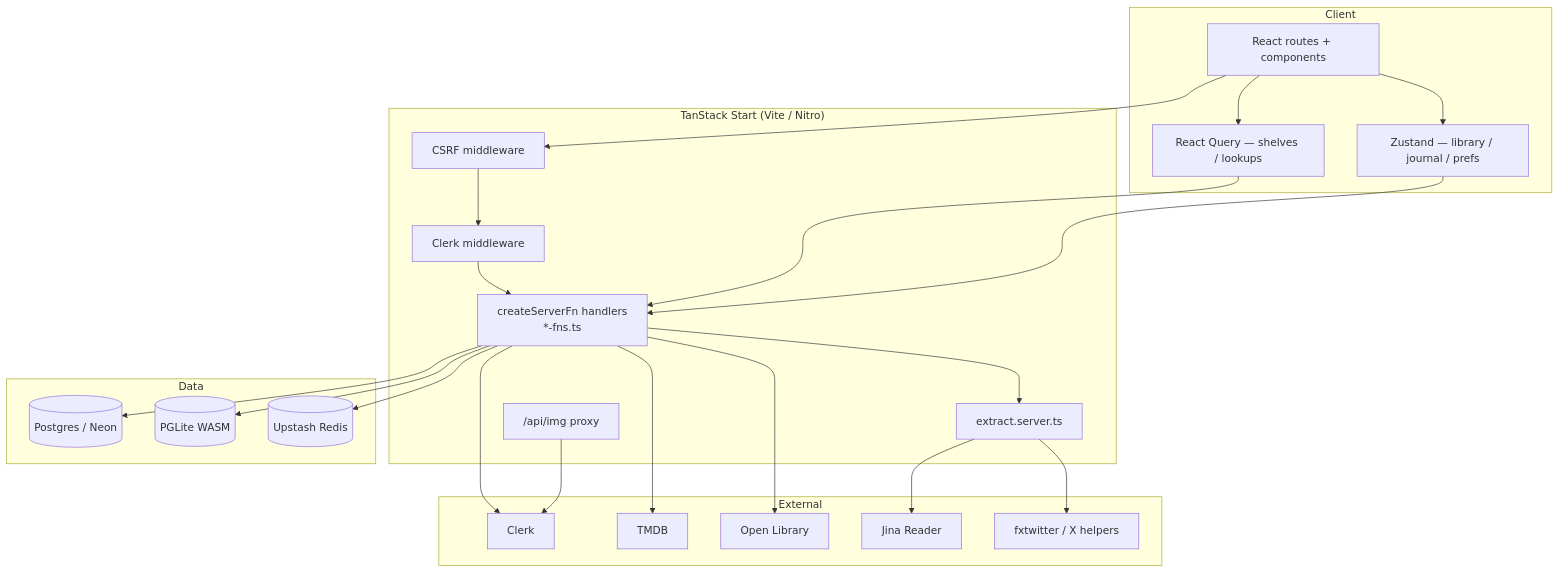
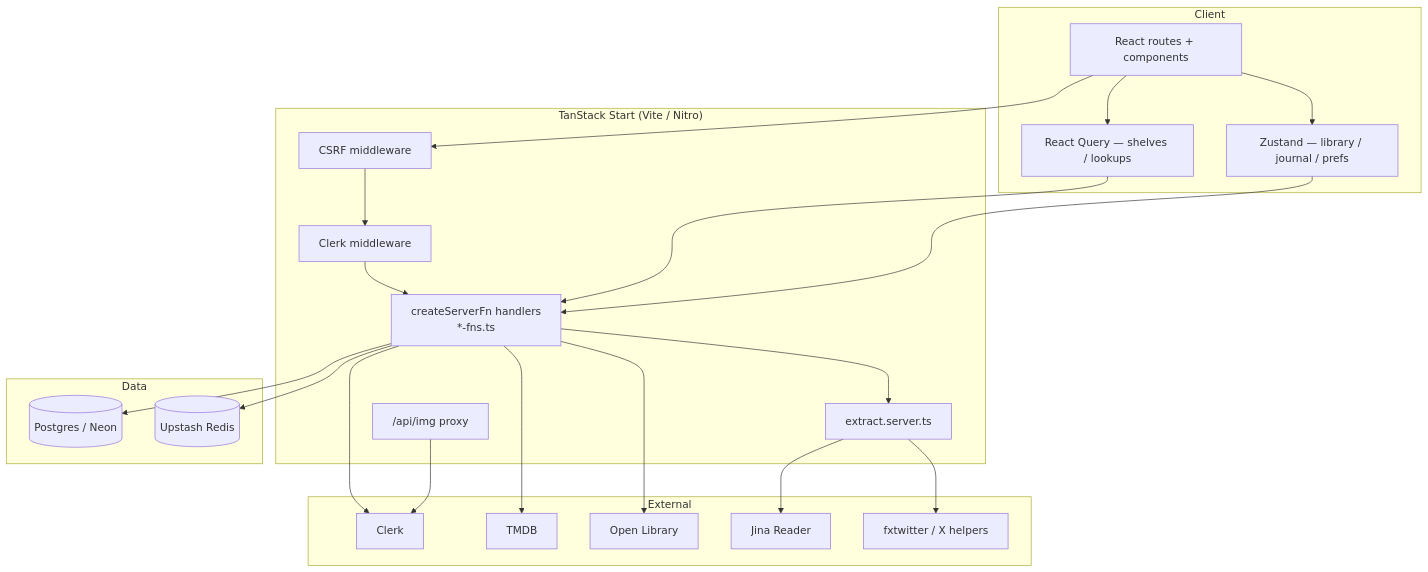
The first of 7 diagrams in docs/ARCHITECTURE.md (SahilFruitwala/kami), drawn with Mermaid before and after one commit. The commit also changed other lines of this file and 7 other files, not shown here.

````diff
--- a/docs/ARCHITECTURE.md
+++ b/docs/ARCHITECTURE.md
@@ -24,46 +24,44 @@
 ```mermaid
 flowchart TB
   subgraph Client
     UI[React routes + components]
     Z[Zustand — library / journal / prefs]
     RQ[React Query — shelves / lookups]
   end
 
   subgraph Start["TanStack Start (Vite / Nitro)"]
     CSRF[CSRF middleware]
     ClerkMW[Clerk middleware]
     SFNs["createServerFn handlers<br/>*-fns.ts"]
     Extract[extract.server.ts]
     Img["/api/img proxy"]
   end
 
   subgraph Data
     PG[(Postgres / Neon)]
-    PGL[(PGLite WASM)]
     Redis[(Upstash Redis)]
   end
 
   subgraph External
     Clerk[Clerk]
     TMDB[TMDB]
     OL[Open Library]
     Jina[Jina Reader]
     FX[fxtwitter / X helpers]
   end
 
   UI --> Z
   UI --> RQ
   UI --> CSRF --> ClerkMW --> SFNs
   SFNs --> PG
-  SFNs --> PGL
   SFNs --> Redis
   SFNs --> Extract
   Extract --> Jina
   Extract --> FX
   RQ --> SFNs
   Z --> SFNs
   SFNs --> Clerk
   SFNs --> TMDB
   SFNs --> OL
   Img --> Clerk
 ```
````
